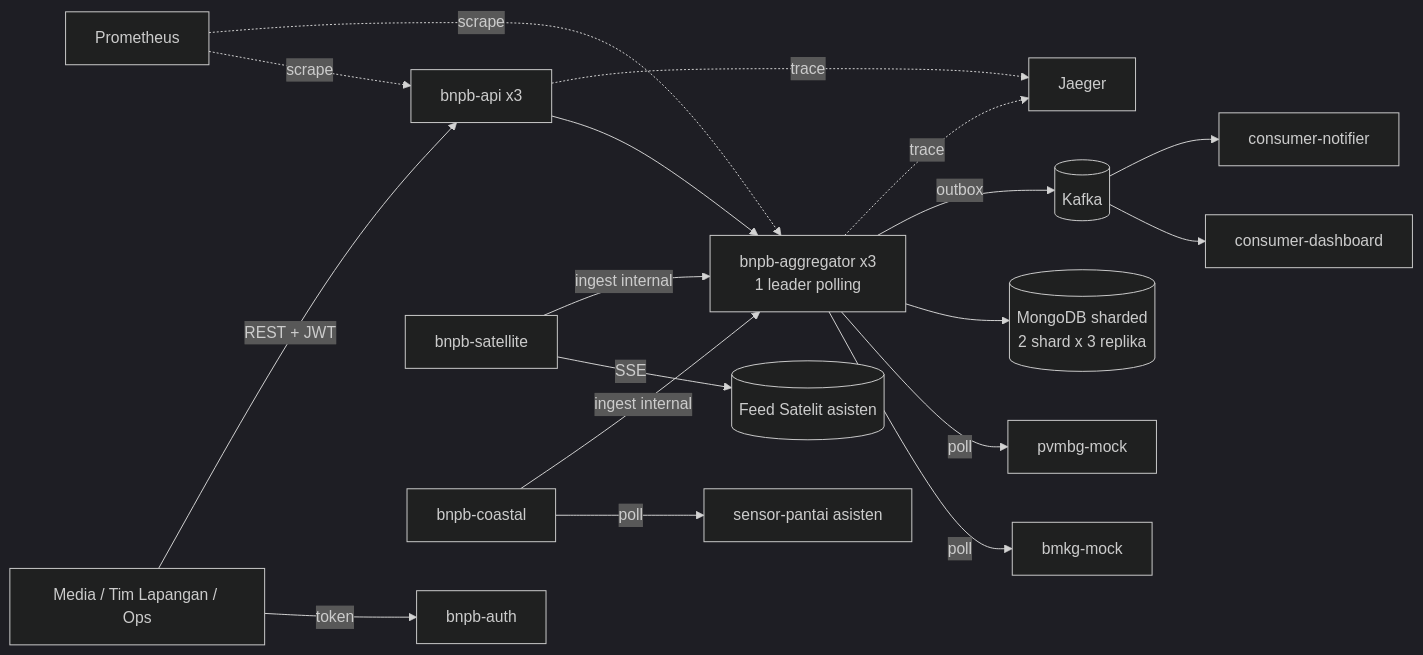
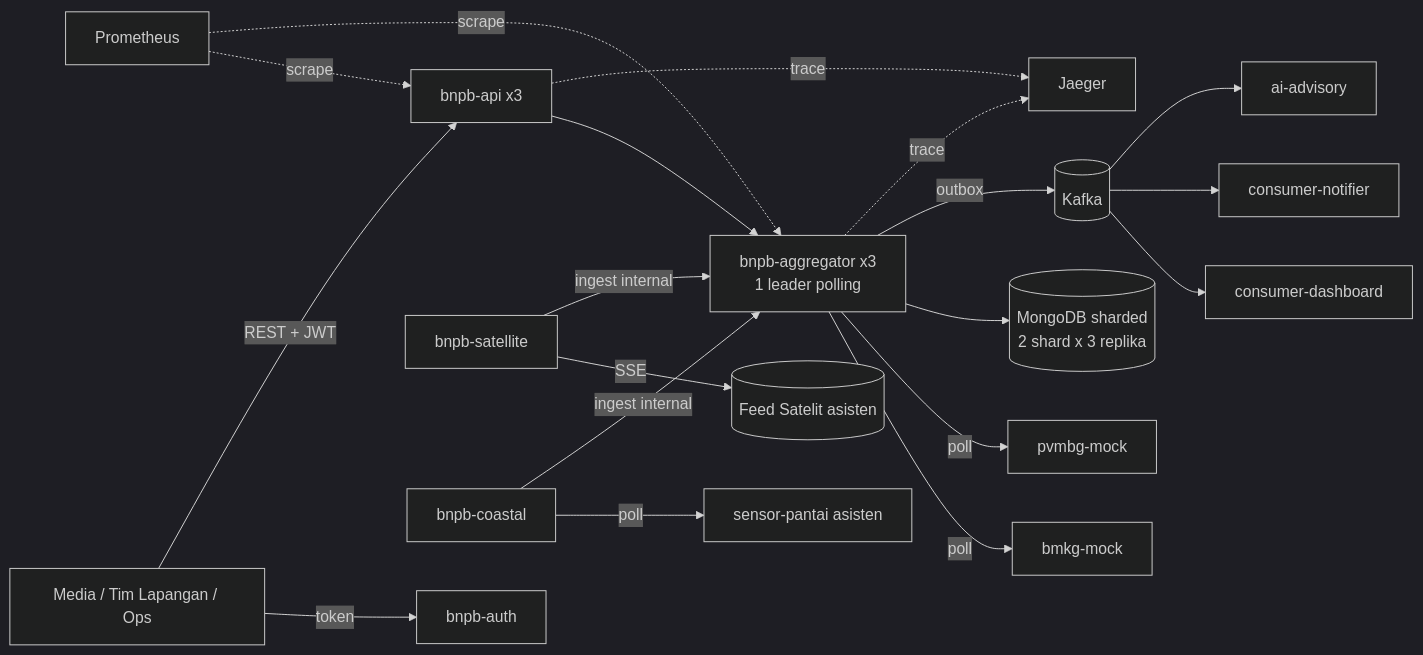
Before and after one commit to angkaberapa/AAT: the diagram in README.md, drawn with Mermaid (dark theme). The commit also changed other lines of this file and 34 other files, not shown here.

````diff
--- a/README.md
+++ b/README.md
@@ -8,15 +8,15 @@
 ```mermaid
 flowchart LR
     C[Media / Tim Lapangan / Ops] -->|token| AUTH[bnpb-auth]
     C -->|REST + JWT| API[bnpb-api x3]
     API --> AGG[bnpb-aggregator x3<br/>1 leader polling]
     AGG -->|poll| BMKG[bmkg-mock] & PVMBG[pvmbg-mock]
     SAT[bnpb-satellite] -->|SSE| FEED[(Feed Satelit asisten)]
     COA[bnpb-coastal] -->|poll| SP[sensor-pantai asisten]
     SAT & COA -->|ingest internal| AGG
     AGG --> MONGO[(MongoDB sharded<br/>2 shard x 3 replika)]
     AGG -->|outbox| KAFKA[(Kafka)]
-    KAFKA --> DASH[consumer-dashboard] & NOTIF[consumer-notifier]
+    KAFKA --> DASH[consumer-dashboard] & NOTIF[consumer-notifier] & AI[ai-advisory]
     PROM[Prometheus] -.scrape.-> API & AGG
     API & AGG -.trace.-> JAEGER[Jaeger]
 ```
````
